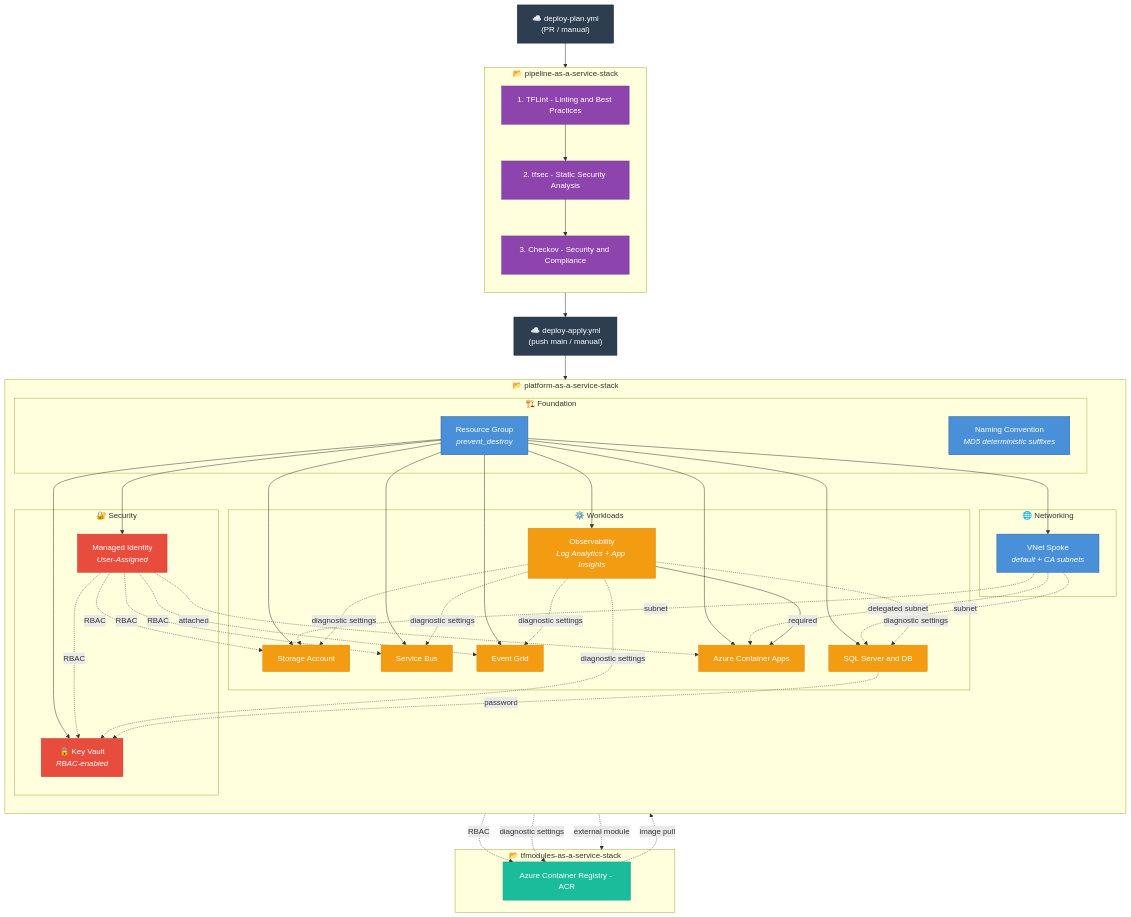
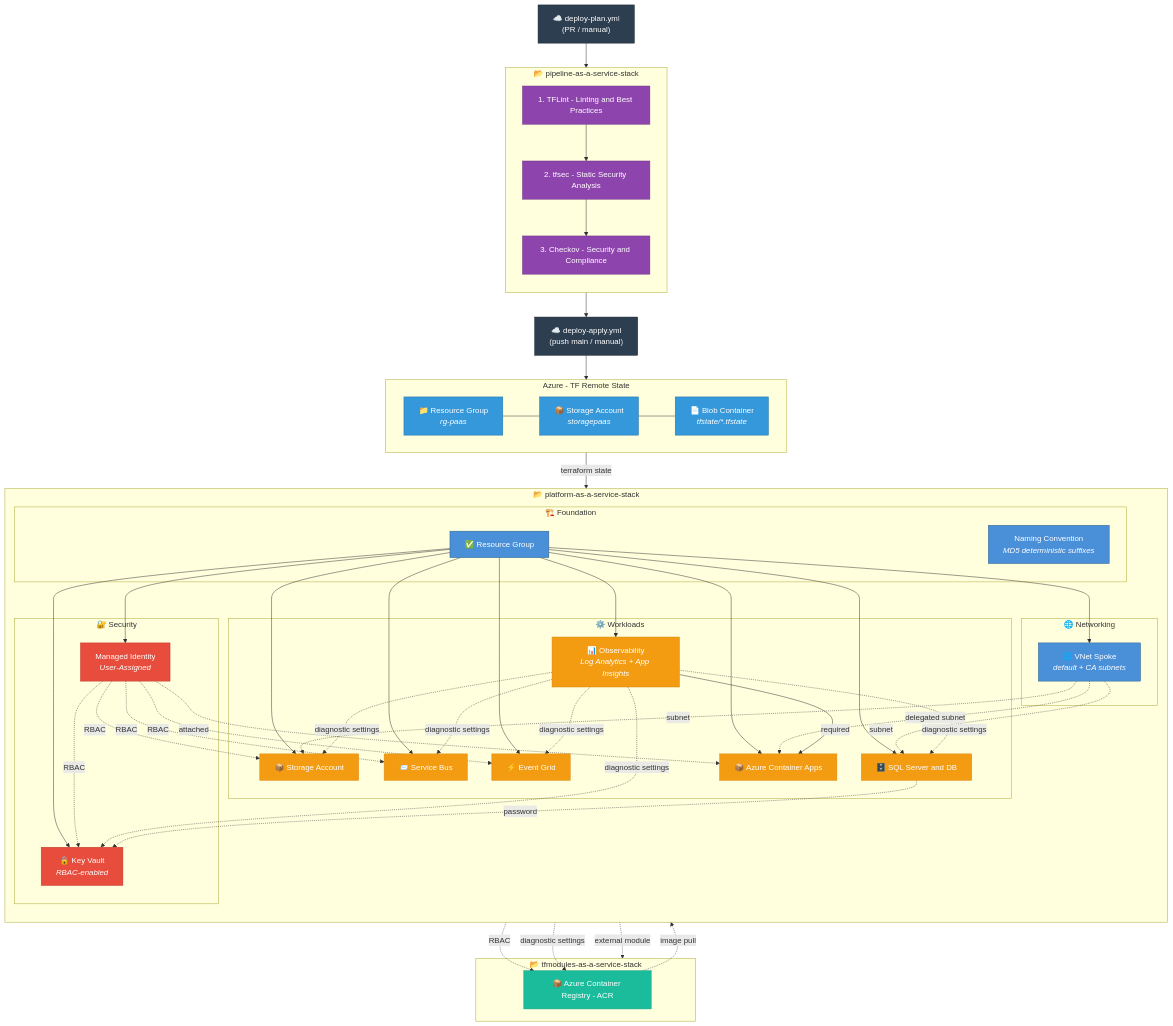
One commit to orafaelferreiraa/platform-as-a-service-stack changed the diagram in README.md. Above: the diagram before and after it, drawn with Mermaid.

Commit message:
feat: Enhance README with detailed Azure Terraform remote state diagram and improved resource labeling

````diff
--- a/README.md
+++ b/README.md
@@ -611,14 +611,22 @@
 
     plan --> PIPE
     PIPE --> apply
-    apply --> TF
+    apply --> STATE
+    STATE -->|terraform state| TF
+
+    subgraph STATE["Azure - TF Remote State"]
+        state_rg["📁 Resource Group<br/><i>rg-paas</i>"]
+        state_sa["📦 Storage Account<br/><i>storagepaas</i>"]
+        state_blob["📄 Blob Container<br/><i>tfstate/*.tfstate</i>"]
+        state_rg --- state_sa --- state_blob
+    end
 
     subgraph TF["📂 platform-as-a-service-stack"]
         direction TB
 
         subgraph Foundation["🏗️ Foundation"]
             naming["Naming Convention<br/><i>MD5 deterministic suffixes</i>"]
-            rg["Resource Group<br/><i>prevent_destroy</i>"]
+            rg["✅ Resource Group<br/>"]
         end
 
         subgraph Security["🔐 Security"]
@@ -627,21 +635,21 @@
         end
 
         subgraph Networking["🌐 Networking"]
-            vnet["VNet Spoke<br/><i>default + CA subnets</i>"]
+            vnet["🌐 VNet Spoke<br/><i>default + CA subnets</i>"]
         end
 
         subgraph Workloads["⚙️ Workloads"]
-            obs["Observability<br/><i>Log Analytics + App Insights</i>"]
-            sa["Storage Account"]
-            sb["Service Bus"]
-            eg["Event Grid"]
-            sql["SQL Server and DB"]
-            cae["Azure Container Apps"]
+            obs["📊 Observability<br/><i>Log Analytics + App Insights</i>"]
+            sa["📦 Storage Account"]
+            sb["📨 Service Bus"]
+            eg["⚡ Event Grid"]
+            sql["🗄️ SQL Server and DB"]
+            cae["📦 Azure Container Apps"]
         end
     end
 
     subgraph TFMOD["📂 tfmodules-as-a-service-stack"]
-        acr["Azure Container Registry - ACR"]
+        acr["📦 Azure Container Registry - ACR"]
     end
 
     TF -.->|external module| TFMOD
@@ -684,6 +692,7 @@
     classDef pipeline fill:#8E44AD,stroke:#6C3483,color:#fff
     classDef gha fill:#2C3E50,stroke:#1A252F,color:#fff
     classDef externalRepo fill:#1ABC9C,stroke:#16A085,color:#fff
+    classDef remoteState fill:#3498DB,stroke:#2471A3,color:#fff
 
     class naming,rg,vnet foundation
     class mi,kv security
@@ -691,4 +700,5 @@
     class tflint,tfsec,checkov pipeline
     class plan,apply gha
     class acr externalRepo
+    class state_rg,state_sa,state_blob remoteState
 ```
````
